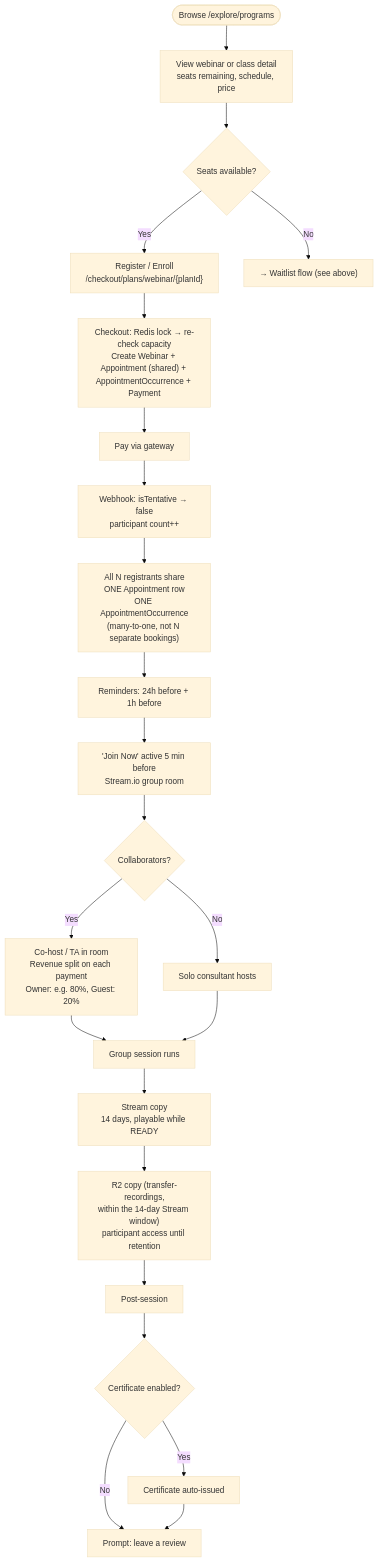
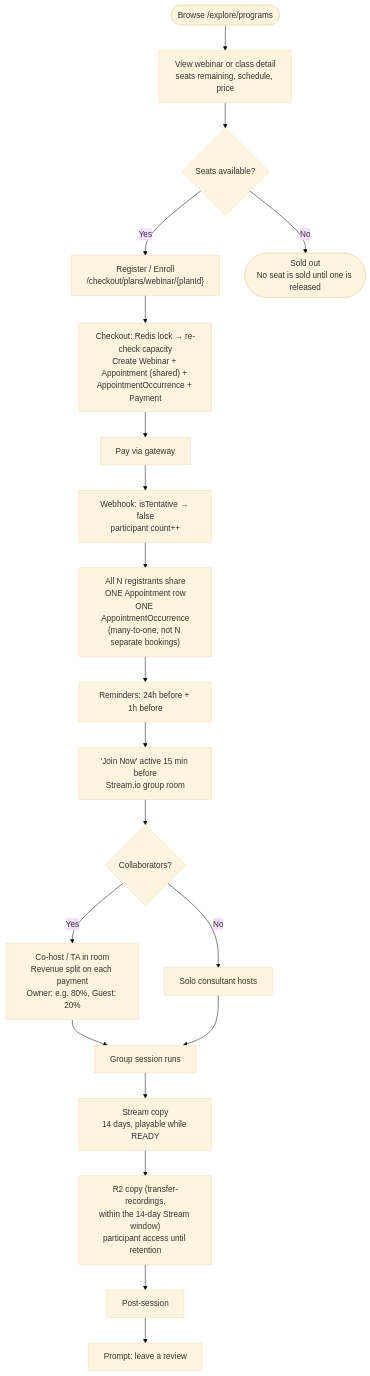
The tenth of 17 diagrams in docs/architecture/product-flow-map.md (Practitionist/familiarise_web), drawn with Mermaid (base theme) before and after one commit. The commit also changed other lines of this file and 4 other files, not shown here.

````diff
--- a/docs/architecture/product-flow-map.md
+++ b/docs/architecture/product-flow-map.md
@@ -342,31 +306,28 @@
 ```mermaid
 flowchart TD
     Browse([Browse /explore/programs]) --> EventPage["View webinar or class detail\nseats remaining, schedule, price"]
 
     EventPage --> CapCheck{Seats available?}
     CapCheck -- Yes --> Enroll["Register / Enroll\n/checkout/plans/webinar/{planId}"]
-    CapCheck -- No --> WaitlistFlow["→ Waitlist flow (see above)"]
+    CapCheck -- No --> SoldOut(["Sold out\nNo seat is sold until one is released"])
 
     Enroll --> Checkout["Checkout: Redis lock → re-check capacity\nCreate Webinar + Appointment (shared) + AppointmentOccurrence + Payment"]
     Checkout --> Pay["Pay via gateway"]
     Pay --> Webhook["Webhook: isTentative → false\nparticipant count++"]
 
     Webhook --> AllPartners["All N registrants share\nONE Appointment row\nONE AppointmentOccurrence\n(many-to-one, not N separate bookings)"]
     AllPartners --> Reminders["Reminders: 24h before + 1h before"]
-    Reminders --> JoinNow["'Join Now' active 5 min before\nStream.io group room"]
+    Reminders --> JoinNow["'Join Now' active 15 min before\nStream.io group room"]
 
     JoinNow --> CollabCheck{Collaborators?}
     CollabCheck -- Yes --> CollabRoom["Co-host / TA in room\nRevenue split on each payment\nOwner: e.g. 80%, Guest: 20%"]
     CollabCheck -- No --> SoloRoom["Solo consultant hosts"]
     CollabRoom --> Session["Group session runs"]
     SoloRoom --> Session
 
     Session --> TempRecording["Stream copy\n14 days, playable while READY"]
     TempRecording --> PermRecording["R2 copy (transfer-recordings,\nwithin the 14-day Stream window)\nparticipant access until retention"]
     PermRecording --> PostSession
 
-    PostSession["Post-session"] --> CertCheck{Certificate enabled?}
-    CertCheck -- Yes --> Cert["Certificate auto-issued"]
-    CertCheck -- No --> Review["Prompt: leave a review"]
-    Cert --> Review
+    PostSession["Post-session"] --> Review["Prompt: leave a review"]
 ```
````
